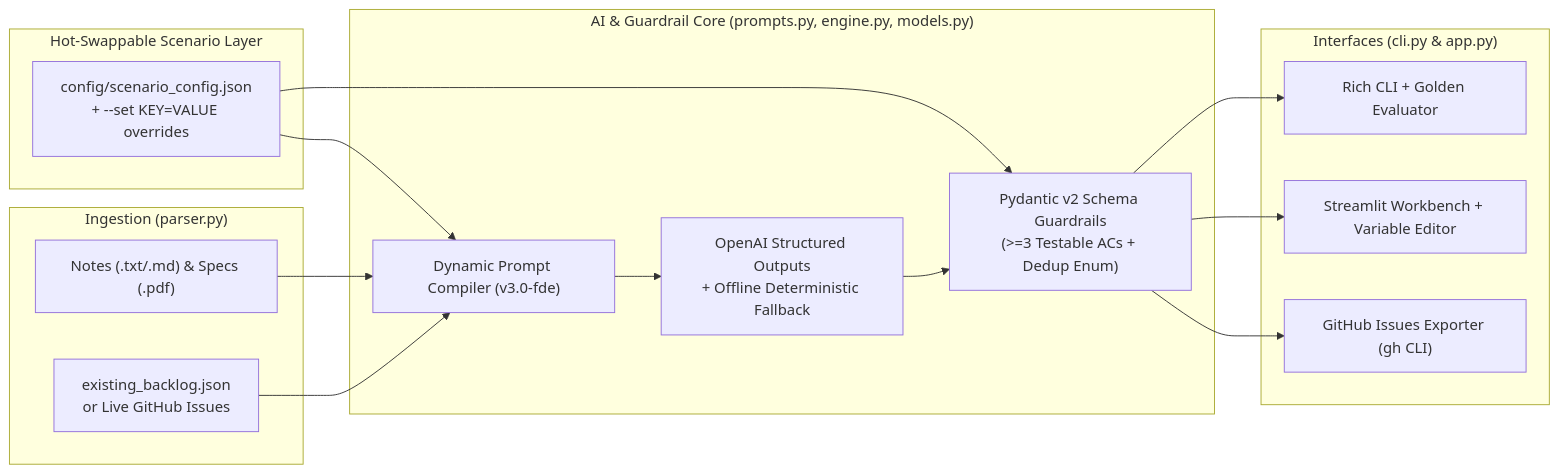
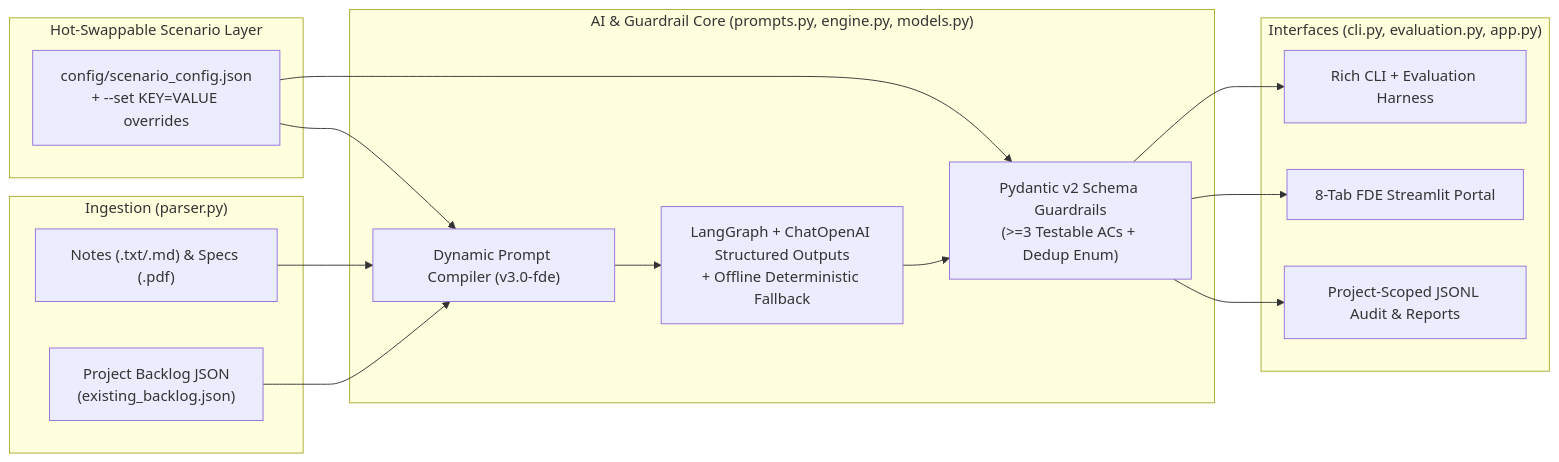
One commit to RicardoRobinson1410/fde-smart-backlog-assistant changed the diagram in README.md. Above: the diagram before and after it, drawn with Mermaid. The commit also changed other lines of this file and 2 other files, not shown here.

Commit message:
Sync README and RDE docs with verified CLI, LangGraph architecture, and LOC

````diff
--- a/README.md
+++ b/README.md
@@ -27,33 +27,33 @@
 ```mermaid
 flowchart LR
     subgraph Config["Hot-Swappable Scenario Layer"]
         SC["config/scenario_config.json\n+ --set KEY=VALUE overrides"]
     end
 
     subgraph Inputs["Ingestion (parser.py)"]
         Docs["Notes (.txt/.md) & Specs (.pdf)"]
-        Backlog["existing_backlog.json\nor Live GitHub Issues"]
+        Backlog["Project Backlog JSON\n(existing_backlog.json)"]
     end
 
     subgraph Core["AI & Guardrail Core (prompts.py, engine.py, models.py)"]
         Prompt["Dynamic Prompt Compiler (v3.0-fde)"]
-        LLM["OpenAI Structured Outputs\n+ Offline Deterministic Fallback"]
+        LLM["LangGraph + ChatOpenAI Structured Outputs\n+ Offline Deterministic Fallback"]
         Pydantic["Pydantic v2 Schema Guardrails\n(>=3 Testable ACs + Dedup Enum)"]
     end
 
-    subgraph Delivery["Interfaces (cli.py & app.py)"]
-        CLI["Rich CLI + Golden Evaluator"]
-        UI["Streamlit Workbench + Variable Editor"]
-        GH["GitHub Issues Exporter (gh CLI)"]
+    subgraph Delivery["Interfaces (cli.py, evaluation.py, app.py)"]
+        CLI["Rich CLI + Evaluation Harness"]
+        UI["8-Tab FDE Streamlit Portal"]
+        Audit["Project-Scoped JSONL Audit & Reports"]
     end
 
     SC --> Prompt
     SC --> Pydantic
     Docs --> Prompt
     Backlog --> Prompt
     Prompt --> LLM
     LLM --> Pydantic
     Pydantic --> CLI
     Pydantic --> UI
-    Pydantic --> GH
+    Pydantic --> Audit
 ```
````
